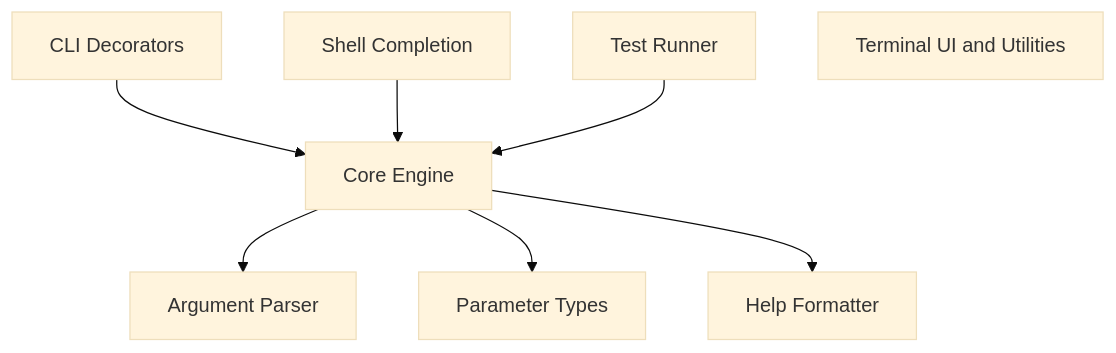
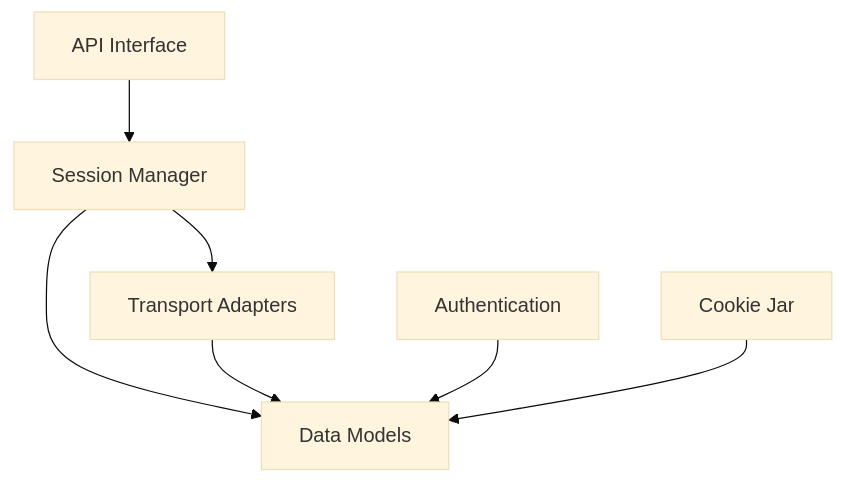
The diagram in TOUR.md (koushik-ngd/repo-explainer), drawn with Mermaid (base theme) before and after one commit. The commit also changed other lines of this file and 5 other files, not shown here.

````diff
--- a/TOUR.md
+++ b/TOUR.md
@@ -7,10 +7,9 @@
 ```mermaid
 graph TD
-  CD[CLI Decorators] --> CE[Core Engine]
-  CE --> AP[Argument Parser]
-  CE --> PT[Parameter Types]
-  CE --> HF[Help Formatter]
-  SC[Shell Completion] --> CE
-  TR[Test Runner] --> CE
-  TU[Terminal UI and Utilities]
+  A[API Interface] --> B[Session Manager]
+  B --> C[Data Models]
+  B --> D[Transport Adapters]
+  D --> C[Data Models]
+  E[Authentication] --> C[Data Models]
+  F[Cookie Jar] --> C[Data Models]
 ```
````
